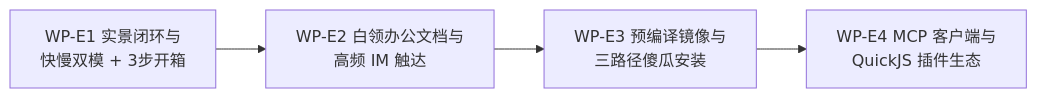
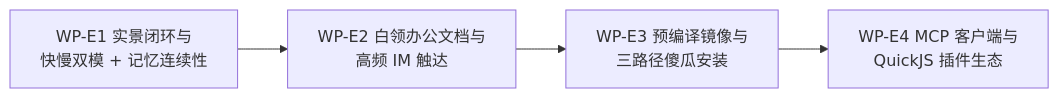
Before and after one commit to bobbik1984/bob-agent: the third of 3 diagrams in docs/DEVELOPMENT_ROUTE.md, drawn with Mermaid. The commit also changed other lines of this file and 14 other files, not shown here.

````diff
--- a/docs/DEVELOPMENT_ROUTE.md
+++ b/docs/DEVELOPMENT_ROUTE.md
@@ -124,6 +75,6 @@
 ```mermaid
 flowchart LR
-    WPE1["WP-E1 实景闭环与<br/>快慢双模 + 3步开箱"] --> WPE2["WP-E2 白领办公文档与<br/>高频 IM 触达"]
+    WPE1["WP-E1 实景闭环与<br/>快慢双模 + 记忆连续性"] --> WPE2["WP-E2 白领办公文档与<br/>高频 IM 触达"]
     WPE2 --> WPE3["WP-E3 预编译镜像与<br/>三路径傻瓜安装"]
     WPE3 --> WPE4["WP-E4 MCP 客户端与<br/>QuickJS 插件生态"]
 ```
````
